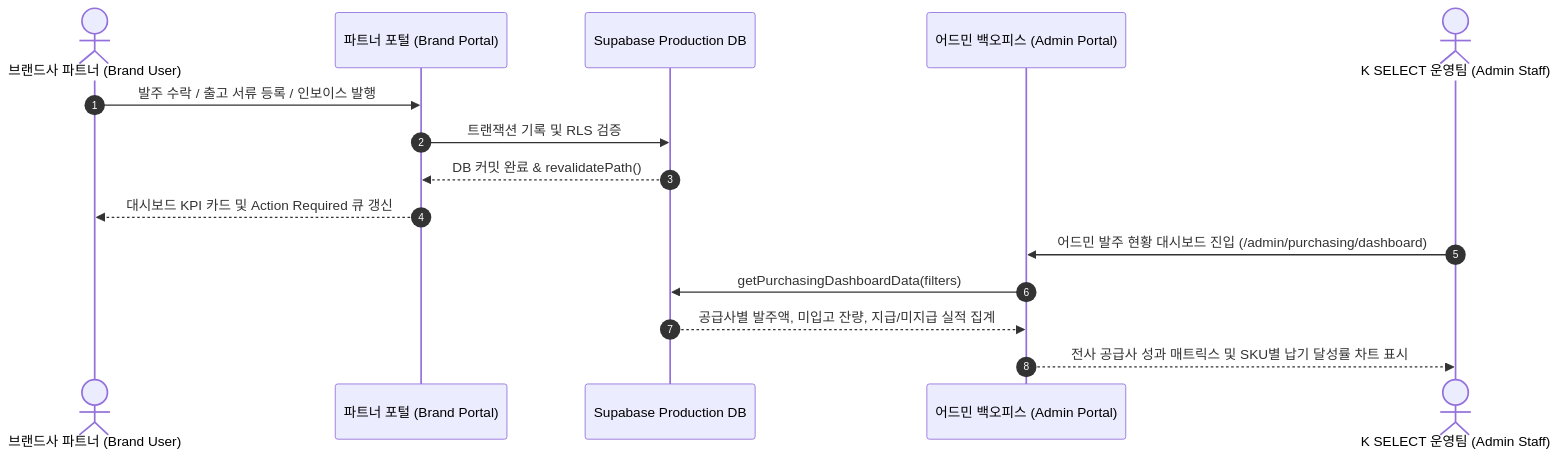
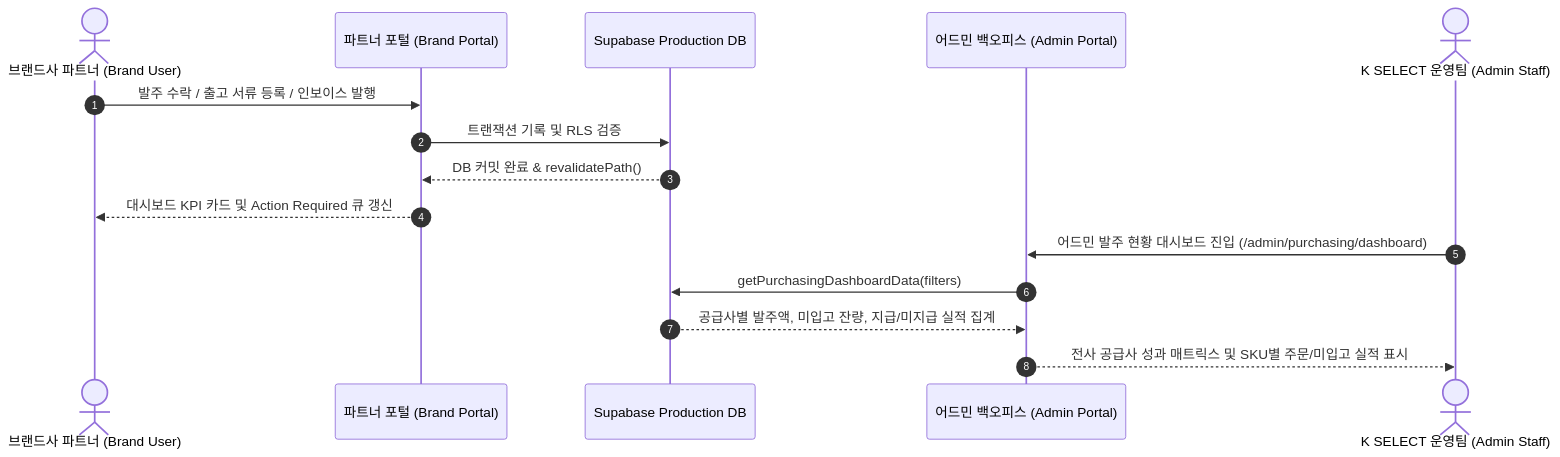
Before and after one commit to chaehahm-Kr/KBGP-Portal: the fifth of 5 diagrams in Manuals/MAN-B-RPT-001_Reports-Performance/02_CLAUDE_PACKAGE/03_DIAGRAMS/REPORTS_PERFORMANCE_ARCHITECTURE_DIAGRAMS.md, drawn with Mermaid. The commit also changed other lines of this file and 1 other file, not shown here.

Commit message:
docs(manual): MAN-B-RPT-001-PKG-QA-R2 final user manual grounding and metric corrections

````diff
--- a/Manuals/MAN-B-RPT-001_Reports-Performance/02_CLAUDE_PACKAGE/03_DIAGRAMS/REPORTS_PERFORMANCE_ARCHITECTURE_DIAGRAMS.md
+++ b/Manuals/MAN-B-RPT-001_Reports-Performance/02_CLAUDE_PACKAGE/03_DIAGRAMS/REPORTS_PERFORMANCE_ARCHITECTURE_DIAGRAMS.md
@@ -128,19 +128,19 @@
 ```mermaid
 sequenceDiagram
     autonumber
     actor Brand as 브랜드사 파트너 (Brand User)
     participant Portal as 파트너 포털 (Brand Portal)
     participant Supabase as Supabase Production DB
     participant Admin as 어드민 백오피스 (Admin Portal)
     actor AdminStaff as K SELECT 운영팀 (Admin Staff)
 
     Brand->>Portal: 발주 수락 / 출고 서류 등록 / 인보이스 발행
     Portal->>Supabase: 트랜잭션 기록 및 RLS 검증
     Supabase-->>Portal: DB 커밋 완료 & revalidatePath()
     Portal-->>Brand: 대시보드 KPI 카드 및 Action Required 큐 갱신
 
     AdminStaff->>Admin: 어드민 발주 현황 대시보드 진입 (/admin/purchasing/dashboard)
     Admin->>Supabase: getPurchasingDashboardData(filters)
     Supabase-->>Admin: 공급사별 발주액, 미입고 잔량, 지급/미지급 실적 집계
-    Admin-->>AdminStaff: 전사 공급사 성과 매트릭스 및 SKU별 납기 달성률 차트 표시
+    Admin-->>AdminStaff: 전사 공급사 성과 매트릭스 및 SKU별 주문/미입고 실적 표시
 ```
````
